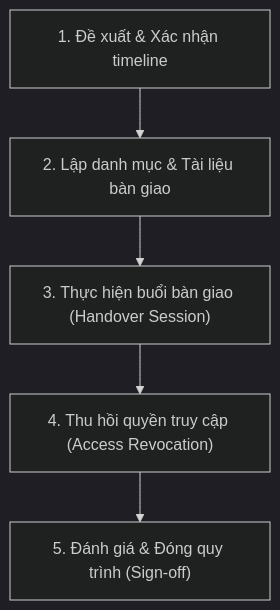
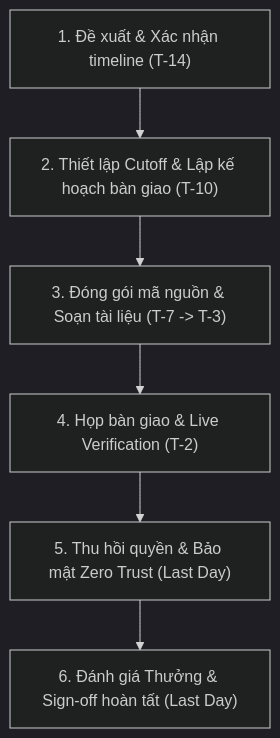
The diagram in 03-team/project-leave/project-leave-process.md (Cyberk-Official/handbooks), drawn with Mermaid (dark theme) before and after one commit. The commit also changed other lines of this file and 4 other files, not shown here.

````diff
--- a/03-team/project-leave/project-leave-process.md
+++ b/03-team/project-leave/project-leave-process.md
@@ -30,7 +31,8 @@
 ```mermaid
 flowchart TD
-    A["1. Đề xuất & Xác nhận timeline"] --> B["2. Lập danh mục & Tài liệu bàn giao"]
-    B --> C["3. Thực hiện buổi bàn giao (Handover Session)"]
-    C --> D["4. Thu hồi quyền truy cập (Access Revocation)"]
-    D --> E["5. Đánh giá & Đóng quy trình (Sign-off)"]
+    A["1. Đề xuất & Xác nhận timeline (T-14)"] --> B["2. Thiết lập Cutoff & Lập kế hoạch bàn giao (T-10)"]
+    B --> C["3. Đóng gói mã nguồn & Soạn tài liệu (T-7 -> T-3)"]
+    C --> D["4. Họp bàn giao & Live Verification (T-2)"]
+    D --> E["5. Thu hồi quyền & Bảo mật Zero Trust (Last Day)"]
+    E --> F["6. Đánh giá Thưởng & Sign-off hoàn tất (Last Day)"]
 ```
````
